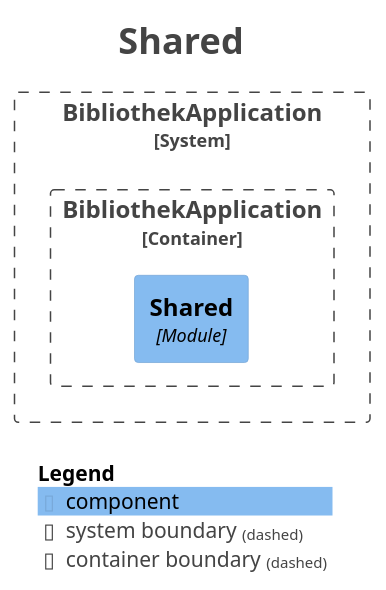
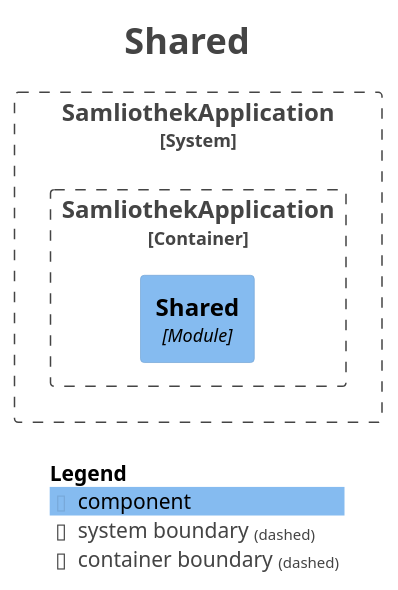
The diagram in docs/modulith/module-shared.puml (samin-z/samliothek), drawn with PlantUML before and after one commit. The commit also changed 52 other files, not shown here.

```diff
--- a/docs/modulith/module-shared.puml
+++ b/docs/modulith/module-shared.puml
@@ -1,27 +1,27 @@
 @startuml
 title <size:24>Shared</size>
 
 set separator none
 top to bottom direction
 
 <style>
   root {
     BackgroundColor: #ffffff
     FontColor: #444444
   }
 </style>
 
 !include <C4/C4>
 !include <C4/C4_Context>
 !include <C4/C4_Component>
 
-System_Boundary("BibliothekApplication_boundary", "BibliothekApplication", $tags="") {
-  Container_Boundary("BibliothekApplication.BibliothekApplication_boundary", "BibliothekApplication", $tags="") {
-    Component(BibliothekApplication.BibliothekApplication.Shared, "Shared", $techn="Module", $descr="", $tags="", $link="")
+System_Boundary("SamliothekApplication_boundary", "SamliothekApplication", $tags="") {
+  Container_Boundary("SamliothekApplication.SamliothekApplication_boundary", "SamliothekApplication", $tags="") {
+    Component(SamliothekApplication.SamliothekApplication.Shared, "Shared", $techn="Module", $descr="", $tags="", $link="")
   }
 
 }
 
 SHOW_LEGEND(true)
 hide stereotypes
 @enduml
```
